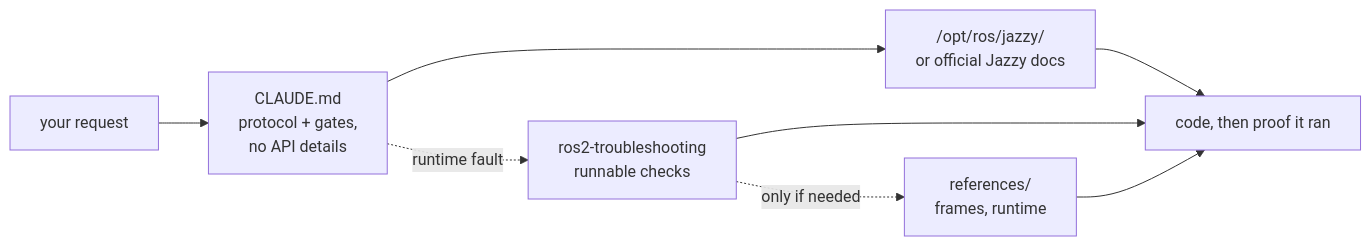
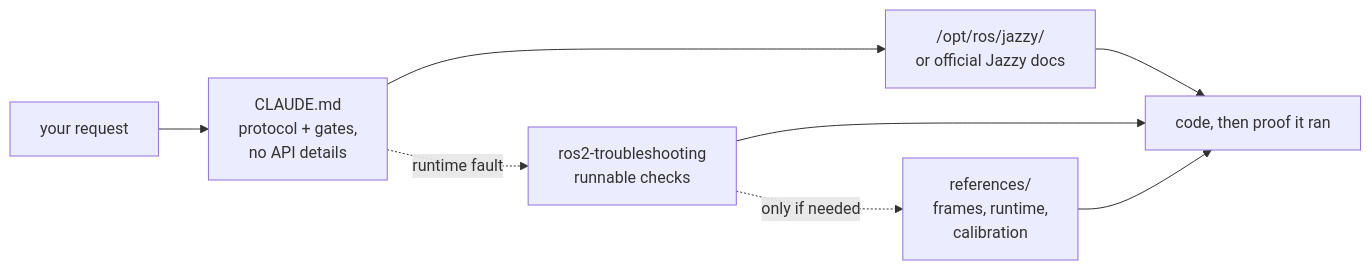
One commit to Leehyunbin0131/claude-ros2-skills changed the diagram in README.md. Above: the diagram before and after it, drawn with Mermaid. The commit also changed other lines of this file and 6 other files, not shown here.

````diff
--- a/README.md
+++ b/README.md
@@ -185,10 +185,10 @@
 ```mermaid
 flowchart LR
     A["your request"] --> B["CLAUDE.md<br/>protocol + gates,<br/>no API details"]
     B --> D["/opt/ros/jazzy/<br/>or official Jazzy docs"]
     B -.runtime fault.-> C["ros2-troubleshooting<br/>runnable checks"]
-    C -.only if needed.-> R["references/<br/>frames, runtime"]
+    C -.only if needed.-> R["references/<br/>frames, runtime,<br/>calibration"]
     D --> E["code, then proof it ran"]
     C --> E
     R --> E
 ```
````
